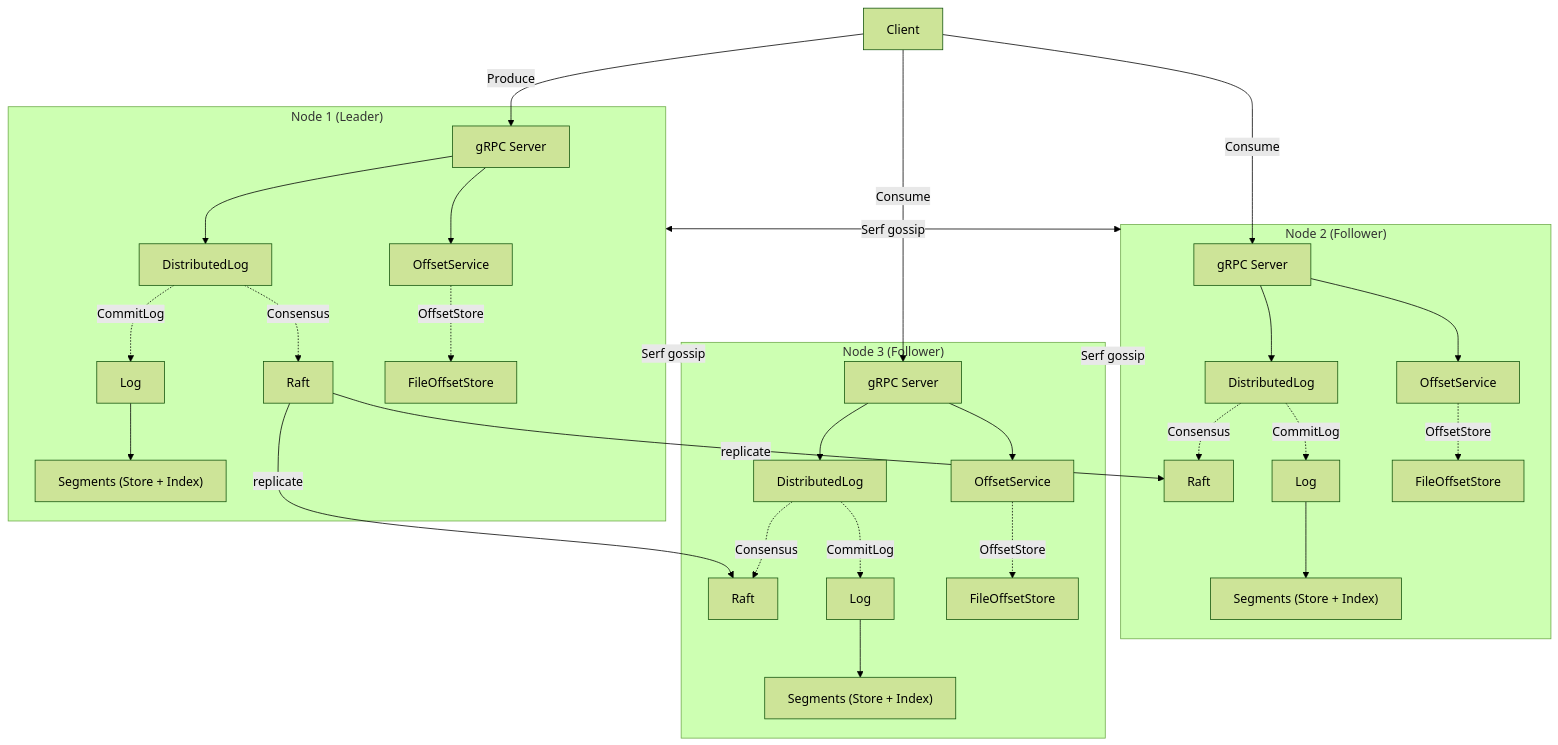
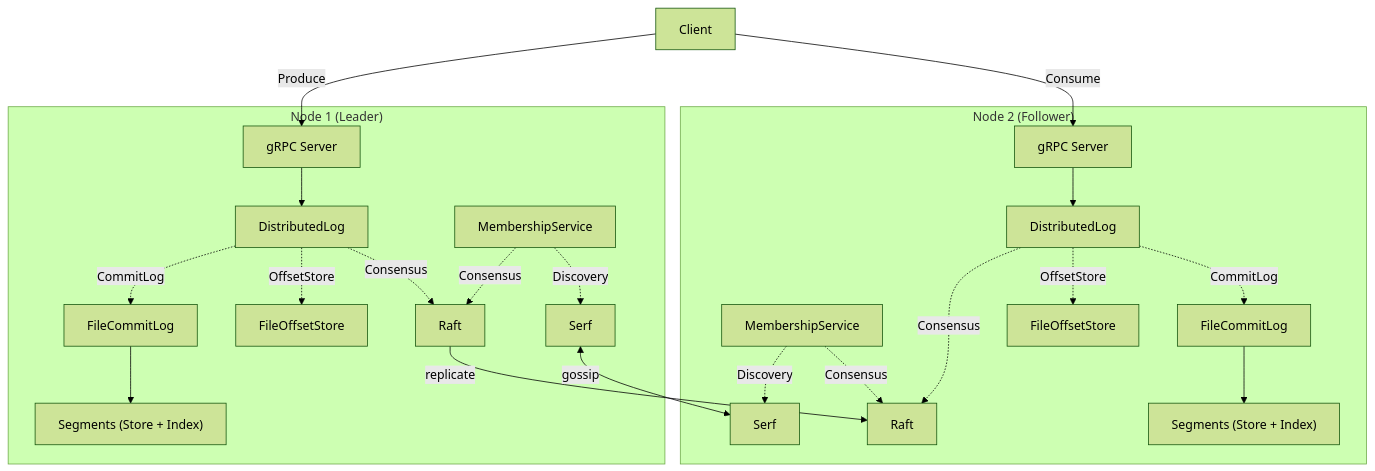
The diagram in README.md (w-h-a/tally), drawn with Mermaid (forest theme) before and after one commit. The commit also changed other lines of this file and 6 other files, not shown here.

Commit message:
feat: add append-only store for file commit log impl (#11)

````diff
--- a/README.md
+++ b/README.md
@@ -26,63 +26,47 @@
 ```mermaid
 graph TB
     Client[Client]
 
+    subgraph Node2["Node 2 (Follower)"]
+        G2[gRPC Server]
+        MEM2[MembershipService]
+        R2[Raft]
+        S2[Serf]
+        DL2[DistributedLog]
+        L2[FileCommitLog]
+        Seg2["Segments (Store + Index)"]
+        FOS2[FileOffsetStore]
+        G2 --> DL2
+        MEM2 -.->|Discovery| S2
+        MEM2 -.->|Consensus| R2
+        DL2 -.->|Consensus| R2
+        DL2 -.->|OffsetStore| FOS2
+        DL2 -.->|CommitLog| L2
+        L2 --> Seg2
+    end
+
     subgraph Node1["Node 1 (Leader)"]
         G1[gRPC Server]
         DL1[DistributedLog]
-        OFS1[OffsetService]
-        R1[Raft]
-        L1[Log]
+        L1[FileCommitLog]
         Seg1["Segments (Store + Index)"]
         FOS1[FileOffsetStore]
+        MEM1[MembershipService]
+        R1[Raft]
+        S1[Serf]
         G1 --> DL1
-        G1 --> OFS1
+        DL1 -.->|CommitLog| L1
+        DL1 -.->|OffsetStore| FOS1
         DL1 -.->|Consensus| R1
-        DL1 -.->|CommitLog| L1
-        OFS1 -.->|OffsetStore| FOS1
+        MEM1 -.->|Consensus| R1
+        MEM1 -.->|Discovery| S1
         L1 --> Seg1
-    end
-
-    subgraph Node2["Node 2 (Follower)"]
-        G2[gRPC Server]
-        DL2[DistributedLog]
-        OFS2[OffsetService]
-        R2[Raft]
-        L2[Log]
-        Seg2["Segments (Store + Index)"]
-        FOS2[FileOffsetStore]
-        G2 --> DL2
-        G2 --> OFS2
-        DL2 -.->|Consensus| R2
-        DL2 -.->|CommitLog| L2
-        OFS2 -.->|OffsetStore| FOS2
-        L2 --> Seg2
-    end
-
-    subgraph Node3["Node 3 (Follower)"]
-        G3[gRPC Server]
-        DL3[DistributedLog]
-        OFS3[OffsetService]
-        R3[Raft]
-        L3[Log]
-        Seg3["Segments (Store + Index)"]
-        FOS3[FileOffsetStore]
-        G3 --> DL3
-        G3 --> OFS3
-        DL3 -.->|Consensus| R3
-        DL3 -.->|CommitLog| L3
-        OFS3 -.->|OffsetStore| FOS3
-        L3 --> Seg3
     end
 
     Client -->|Produce| G1
     Client -->|Consume| G2
-    Client -->|Consume| G3
 
     R1 -->|replicate| R2
-    R1 -->|replicate| R3
 
-    Node1 <-->|Serf gossip| Node2
-    Node1 <-->|Serf gossip| Node3
-    Node2 <-->|Serf gossip| Node3
+    S1 <-->|gossip| S2
 ```
````
